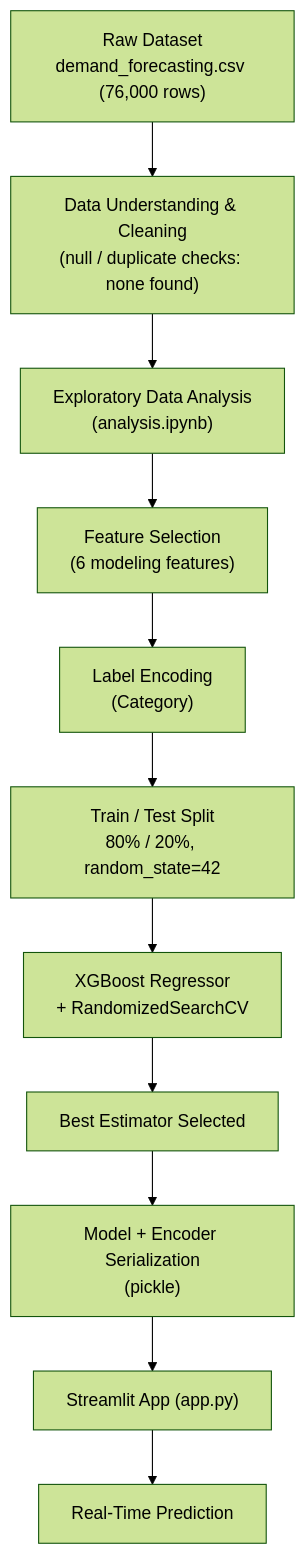
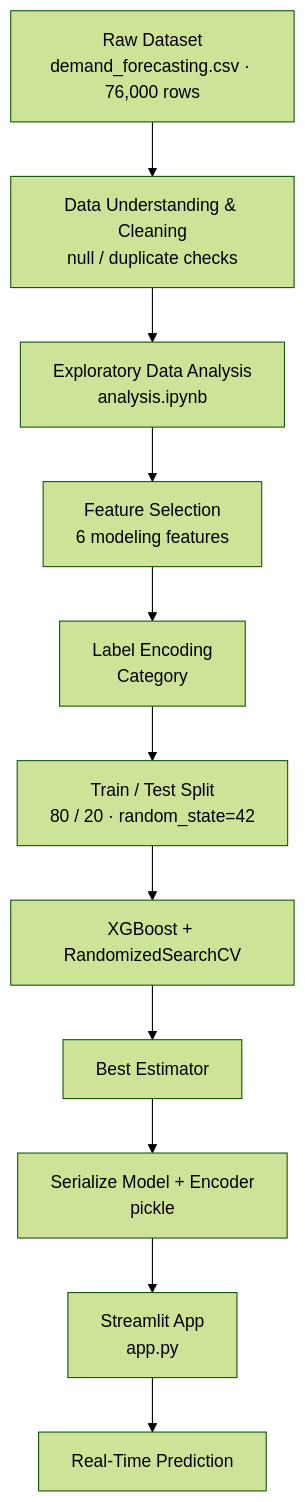
Before and after one commit to harshantla-cloud/DEMAND-FORECASTING-SYSTEM: the second of 3 diagrams in README.md, drawn with Mermaid (forest theme). The commit also changed other lines of this file, not shown here.

````diff
--- a/README.md
+++ b/README.md
@@ -86,13 +97,13 @@
 ```mermaid
 flowchart TD
-    A["Raw Dataset<br/>demand_forecasting.csv (76,000 rows)"] --> B["Data Understanding & Cleaning<br/>(null / duplicate checks: none found)"]
-    B --> C["Exploratory Data Analysis<br/>(analysis.ipynb)"]
-    C --> D["Feature Selection<br/>(6 modeling features)"]
-    D --> E["Label Encoding<br/>(Category)"]
-    E --> F["Train / Test Split<br/>80% / 20%, random_state=42"]
-    F --> G["XGBoost Regressor<br/>+ RandomizedSearchCV"]
-    G --> H["Best Estimator Selected"]
-    H --> I["Model + Encoder Serialization<br/>(pickle)"]
-    I --> J["Streamlit App (app.py)"]
+    A["Raw Dataset<br/>demand_forecasting.csv · 76,000 rows"] --> B["Data Understanding & Cleaning<br/>null / duplicate checks"]
+    B --> C["Exploratory Data Analysis<br/>analysis.ipynb"]
+    C --> D["Feature Selection<br/>6 modeling features"]
+    D --> E["Label Encoding<br/>Category"]
+    E --> F["Train / Test Split<br/>80 / 20 · random_state=42"]
+    F --> G["XGBoost + RandomizedSearchCV"]
+    G --> H["Best Estimator"]
+    H --> I["Serialize Model + Encoder<br/>pickle"]
+    I --> J["Streamlit App<br/>app.py"]
     J --> K["Real-Time Prediction"]
 ```
````
